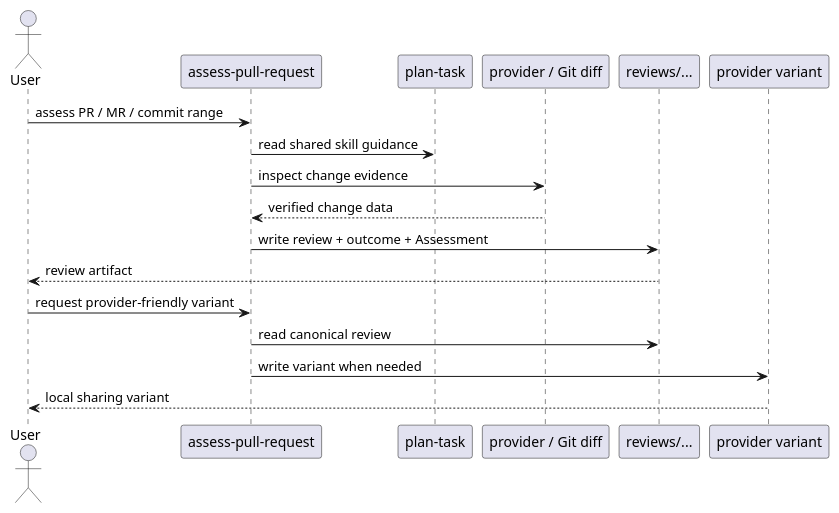
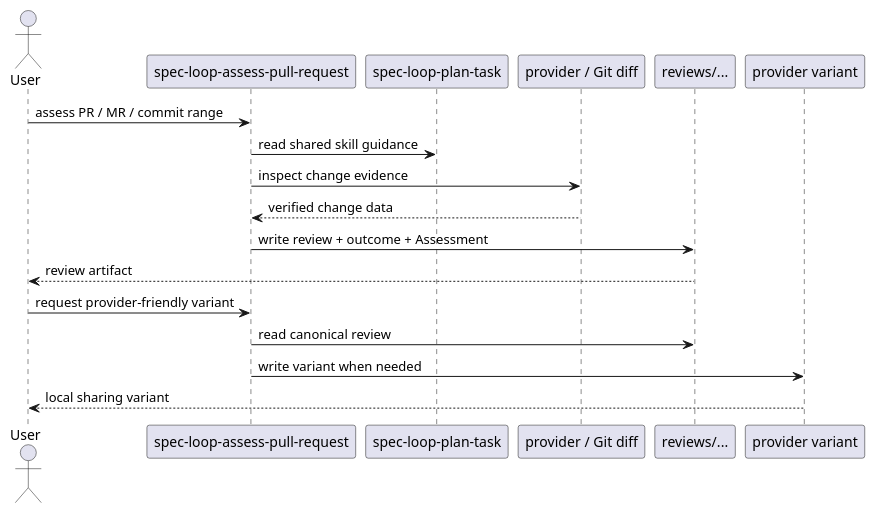
The third of 3 diagrams in tasks/review/assess-pull-request-skill.md (dpolivaev/spec-loop), drawn with PlantUML before and after one commit. The commit also changed other lines of this file and 20 other files, not shown here.

````diff
--- a/tasks/review/assess-pull-request-skill.md
+++ b/tasks/review/assess-pull-request-skill.md
@@ -368,21 +368,21 @@
 ```plantuml
 @startuml
 actor User
-participant "assess-pull-request" as Assess
-participant "plan-task" as Plan
+participant "spec-loop-assess-pull-request" as Assess
+participant "spec-loop-plan-task" as Plan
 participant "provider / Git diff" as Evidence
 participant "reviews/..." as Review
 participant "provider variant" as Variant
 
 User -> Assess : assess PR / MR / commit range
 Assess -> Plan : read shared skill guidance
 Assess -> Evidence : inspect change evidence
 Evidence --> Assess : verified change data
 Assess -> Review : write review + outcome + Assessment
 Review --> User : review artifact
 User -> Assess : request provider-friendly variant
 Assess -> Review : read canonical review
 Assess -> Variant : write variant when needed
 Variant --> User : local sharing variant
 @enduml
 ```
````
